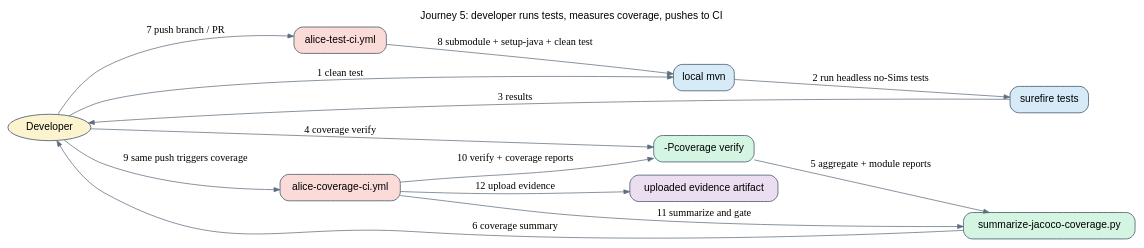
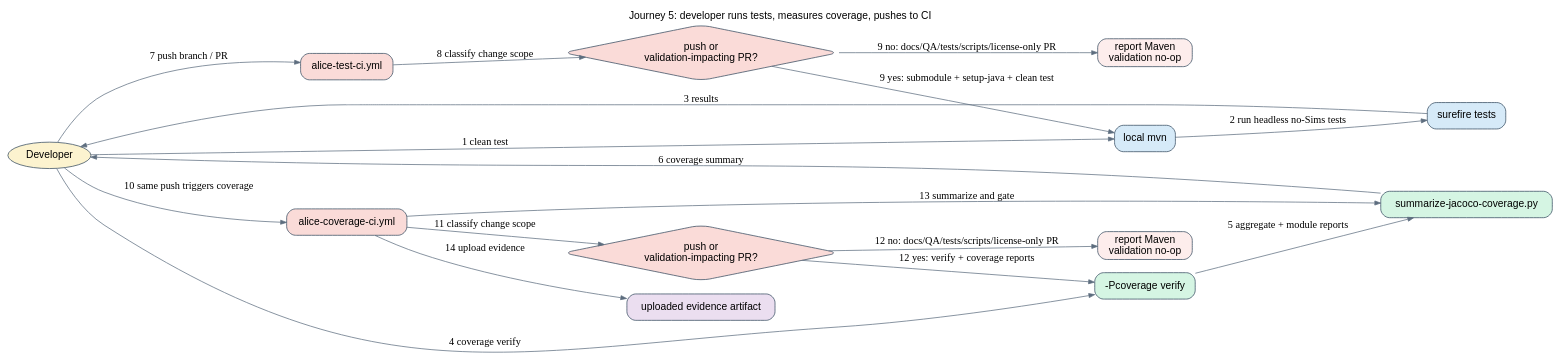
The tenth of 10 diagrams in docs/atlas/user-journeys/README.md (asw101/RabbitHole), drawn with Graphviz before and after one commit. The commit also changed other lines of this file and 11 other files, not shown here.

First line of the commit message:
fix: correct atlas documentation for data-flow, compile-deps, api-contracts, and user-journeys

````diff
--- a/docs/atlas/user-journeys/README.md
+++ b/docs/atlas/user-journeys/README.md
@@ -327,30 +333,38 @@
 ```dot
 digraph journey_5_dev_test_coverage_ci {
   rankdir=LR;
   graph [fontname="Helvetica", labelloc=t, label="Journey 5: developer runs tests, measures coverage, pushes to CI"];
   node [shape=box, style="rounded,filled", fillcolor="#F8F9FA", color="#34495E", fontname="Helvetica"];
   edge [color="#5D6D7E", arrowsize=0.8];
 
   Developer [shape=oval, fillcolor="#FCF3CF"];
   Maven [label="local mvn", fillcolor="#D6EAF8"];
   Surefire [label="surefire tests", fillcolor="#D6EAF8"];
   JaCoCo [label="-Pcoverage verify", fillcolor="#D5F5E3"];
   Summary [label="summarize-jacoco-coverage.py", fillcolor="#D5F5E3"];
   TestCI [label="alice-test-ci.yml", fillcolor="#FADBD8"];
+  TestScope [shape=diamond, label="push or\nvalidation-impacting PR?", fillcolor="#FADBD8"];
+  TestNoOp [label="report Maven\nvalidation no-op", fillcolor="#FDEDEC"];
   CoverageCI [label="alice-coverage-ci.yml", fillcolor="#FADBD8"];
+  CoverageScope [shape=diamond, label="push or\nvalidation-impacting PR?", fillcolor="#FADBD8"];
+  CoverageNoOp [label="report Maven\nvalidation no-op", fillcolor="#FDEDEC"];
   Artifacts [label="uploaded evidence artifact", fillcolor="#EBDEF0"];
 
   Developer -> Maven [label="1 clean test"];
   Maven -> Surefire [label="2 run headless no-Sims tests"];
   Surefire -> Developer [label="3 results"];
   Developer -> JaCoCo [label="4 coverage verify"];
   JaCoCo -> Summary [label="5 aggregate + module reports"];
   Summary -> Developer [label="6 coverage summary"];
   Developer -> TestCI [label="7 push branch / PR"];
-  TestCI -> Maven [label="8 submodule + setup-java + clean test"];
-  Developer -> CoverageCI [label="9 same push triggers coverage"];
-  CoverageCI -> JaCoCo [label="10 verify + coverage reports"];
-  CoverageCI -> Summary [label="11 summarize and gate"];
-  CoverageCI -> Artifacts [label="12 upload evidence"];
+  TestCI -> TestScope [label="8 classify change scope"];
+  TestScope -> Maven [label="9 yes: submodule + setup-java + clean test"];
+  TestScope -> TestNoOp [label="9 no: docs/QA/tests/scripts/license-only PR"];
+  Developer -> CoverageCI [label="10 same push triggers coverage"];
+  CoverageCI -> CoverageScope [label="11 classify change scope"];
+  CoverageScope -> JaCoCo [label="12 yes: verify + coverage reports"];
+  CoverageScope -> CoverageNoOp [label="12 no: docs/QA/tests/scripts/license-only PR"];
+  CoverageCI -> Summary [label="13 summarize and gate"];
+  CoverageCI -> Artifacts [label="14 upload evidence"];
 }
 ```
````
